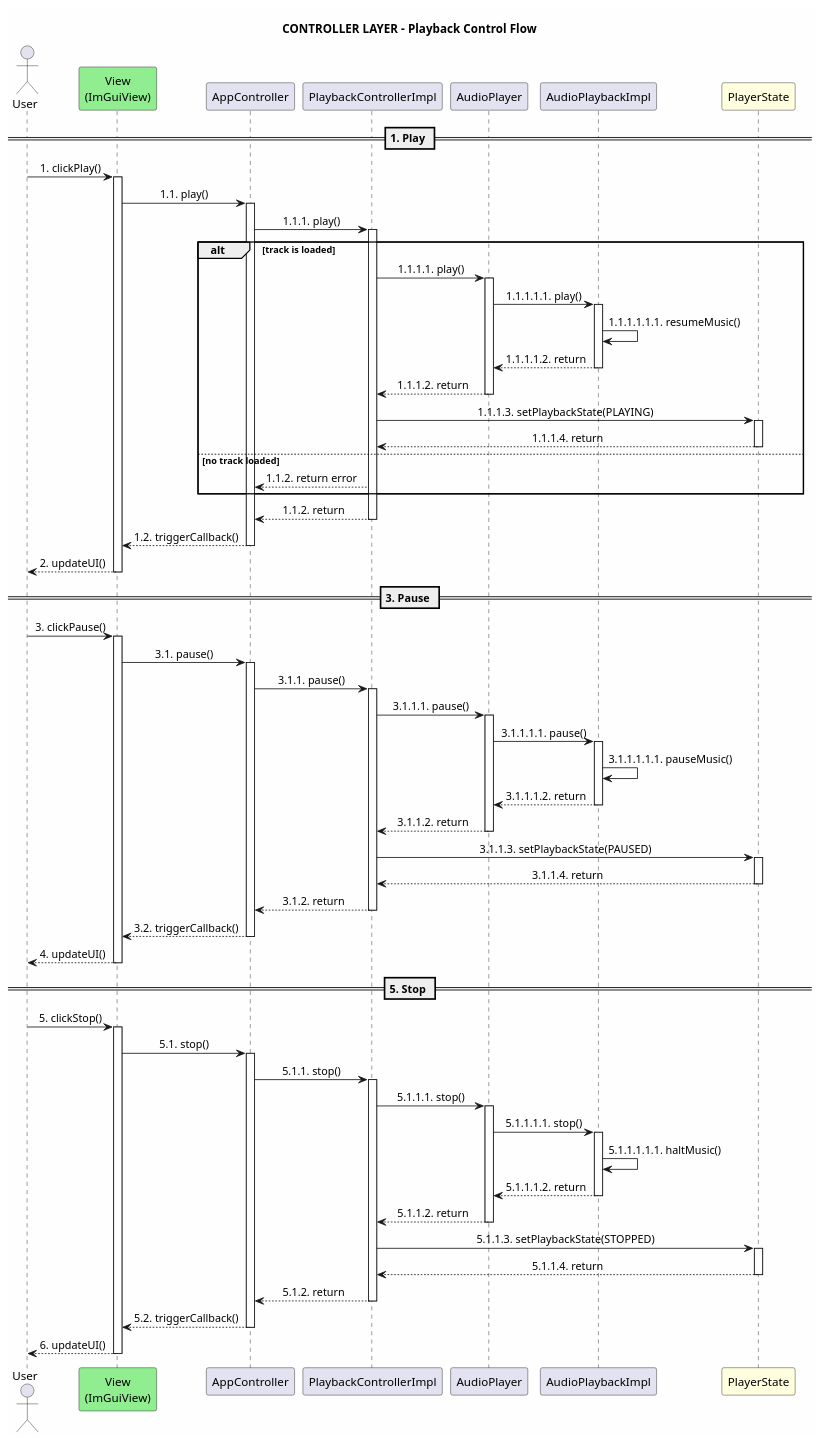
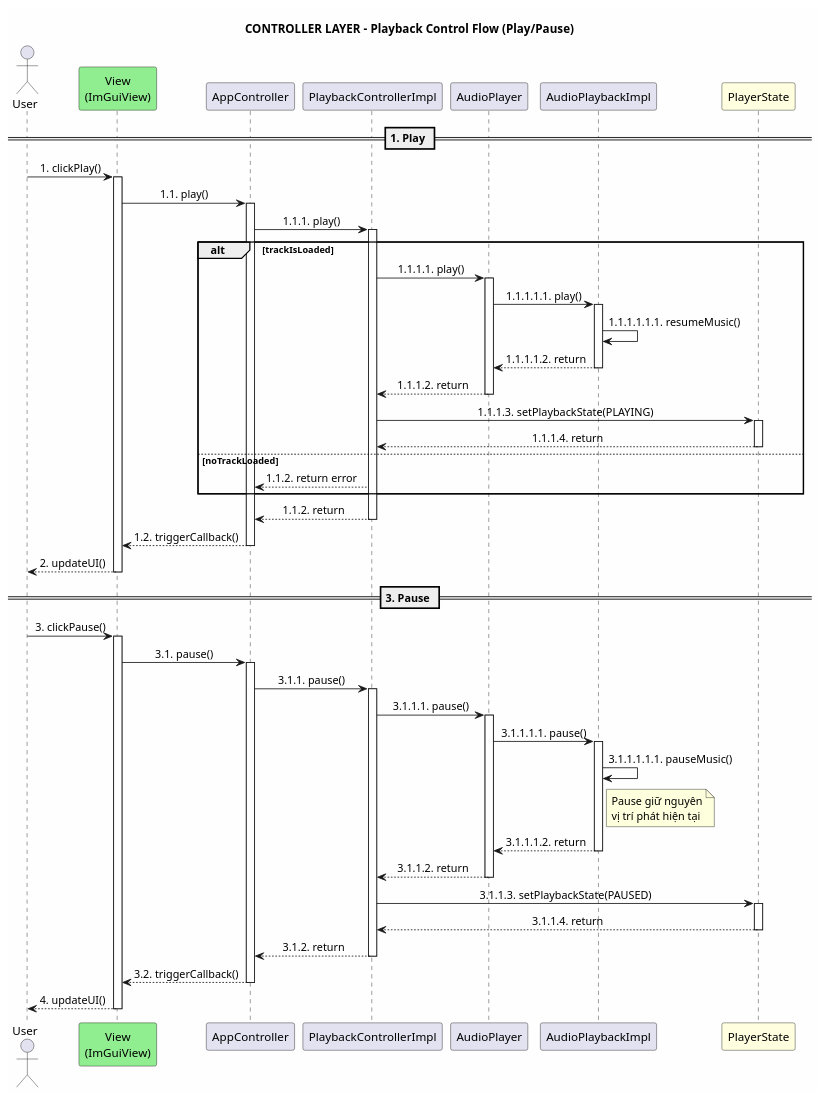
Before and after one commit to quan27092002-ctrl/MusicPlayer: the diagram in uml/lowlevel/sequence/controller/seq_playback.puml, drawn with PlantUML. The commit also changed 3 other files, not shown here.

```diff
--- a/uml/lowlevel/sequence/controller/seq_playback.puml
+++ b/uml/lowlevel/sequence/controller/seq_playback.puml
@@ -1,101 +1,75 @@
 @startuml "seq_playback"
-title CONTROLLER LAYER - Playback Control Flow
+title CONTROLLER LAYER - Playback Control Flow (Play/Pause)
 skinparam backgroundColor #FEFEFE
 skinparam sequenceMessageAlign center
 
 actor User
 participant "View\n(ImGuiView)" as View #LightGreen
 participant "AppController" as AC
 participant "PlaybackControllerImpl" as PBC
 participant "AudioPlayer" as AP
 participant "AudioPlaybackImpl" as APImpl
 participant "PlayerState" as PS #LightYellow
 
 == 1. Play ==
 User -> View : 1. clickPlay()
 activate View
 View -> AC : 1.1. play()
 activate AC
 AC -> PBC : 1.1.1. play()
 activate PBC
 
-alt track is loaded
+alt trackIsLoaded
     PBC -> AP : 1.1.1.1. play()
     activate AP
     AP -> APImpl : 1.1.1.1.1. play()
     activate APImpl
     APImpl -> APImpl : 1.1.1.1.1.1. resumeMusic()
     APImpl --> AP : 1.1.1.1.2. return
     deactivate APImpl
     AP --> PBC : 1.1.1.2. return
     deactivate AP
     PBC -> PS : 1.1.1.3. setPlaybackState(PLAYING)
     activate PS
     PS --> PBC : 1.1.1.4. return
     deactivate PS
-else no track loaded
+else noTrackLoaded
     PBC --> AC : 1.1.2. return error
 end
 
 PBC --> AC : 1.1.2. return
 deactivate PBC
 AC --> View : 1.2. triggerCallback()
 deactivate AC
 View --> User : 2. updateUI()
 deactivate View
 
 == 3. Pause ==
 User -> View : 3. clickPause()
 activate View
 View -> AC : 3.1. pause()
 activate AC
 AC -> PBC : 3.1.1. pause()
 activate PBC
 PBC -> AP : 3.1.1.1. pause()
 activate AP
 AP -> APImpl : 3.1.1.1.1. pause()
 activate APImpl
 APImpl -> APImpl : 3.1.1.1.1.1. pauseMusic()
+note right of APImpl : Pause giữ nguyên\nvị trí phát hiện tại
 APImpl --> AP : 3.1.1.1.2. return
 deactivate APImpl
 AP --> PBC : 3.1.1.2. return
 deactivate AP
 PBC -> PS : 3.1.1.3. setPlaybackState(PAUSED)
 activate PS
 PS --> PBC : 3.1.1.4. return
 deactivate PS
 PBC --> AC : 3.1.2. return
 deactivate PBC
 AC --> View : 3.2. triggerCallback()
 deactivate AC
 View --> User : 4. updateUI()
 deactivate View
 
-== 5. Stop ==
-User -> View : 5. clickStop()
-activate View
-View -> AC : 5.1. stop()
-activate AC
-AC -> PBC : 5.1.1. stop()
-activate PBC
-PBC -> AP : 5.1.1.1. stop()
-activate AP
-AP -> APImpl : 5.1.1.1.1. stop()
-activate APImpl
-APImpl -> APImpl : 5.1.1.1.1.1. haltMusic()
-APImpl --> AP : 5.1.1.1.2. return
-deactivate APImpl
-AP --> PBC : 5.1.1.2. return
-deactivate AP
-PBC -> PS : 5.1.1.3. setPlaybackState(STOPPED)
-activate PS
-PS --> PBC : 5.1.1.4. return
-deactivate PS
-PBC --> AC : 5.1.2. return
-deactivate PBC
-AC --> View : 5.2. triggerCallback()
-deactivate AC
-View --> User : 6. updateUI()
-deactivate View
-
 @enduml
```
